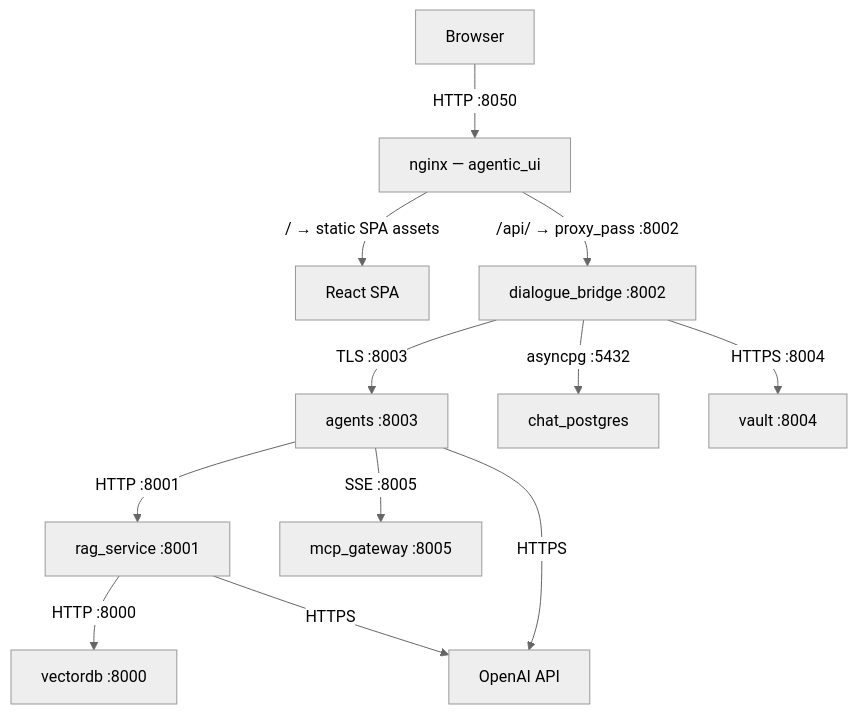
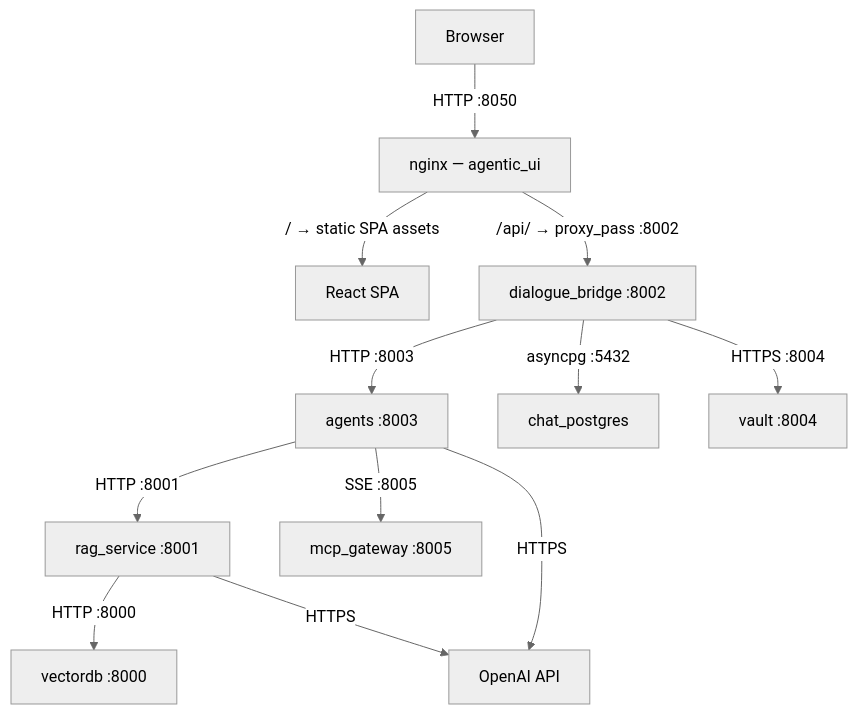
The sixth of 9 diagrams in README.md (konstantinosmpouros/mAgenticX), drawn with Mermaid (neutral theme) before and after one commit. The commit also changed other lines of this file and 9 other files, not shown here.

````diff
--- a/README.md
+++ b/README.md
@@ -298,13 +298,13 @@
 ```mermaid
 flowchart TD
     Browser["Browser"] -->|"HTTP :8050"| Nginx["nginx — agentic_ui"]
     Nginx -->|"/ → static SPA assets"| SPA["React SPA"]
     Nginx -->|"/api/ → proxy_pass :8002"| Bridge["dialogue_bridge :8002"]
-    Bridge -->|"TLS :8003"| Agents["agents :8003"]
+    Bridge -->|"HTTP :8003"| Agents["agents :8003"]
     Bridge -->|"asyncpg :5432"| PG["chat_postgres"]
     Bridge -->|"HTTPS :8004"| Vault["vault :8004"]
     Agents -->|"HTTP :8001"| RAG["rag_service :8001"]
     Agents -->|"SSE :8005"| MCP["mcp_gateway :8005"]
     RAG -->|"HTTP :8000"| Chroma["vectordb :8000"]
     Agents & RAG -->|"HTTPS"| OpenAI["OpenAI API"]
 ```
````
